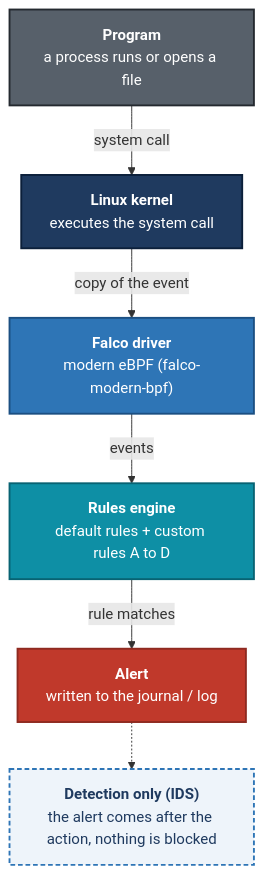
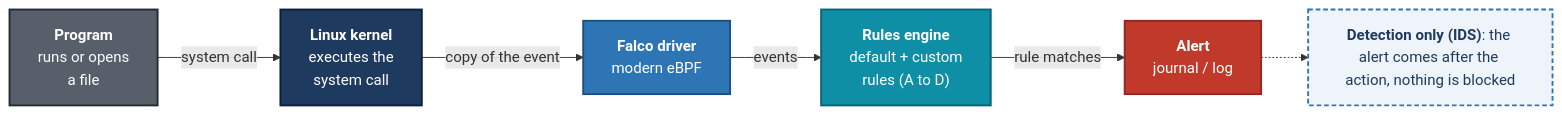
The diagram in README.md (Doumit04/falco-runtime-security), drawn with Mermaid before and after one commit.

````diff
--- a/README.md
+++ b/README.md
@@ -56,26 +56,26 @@
 ```mermaid
-flowchart TD
-    P["<b>Program</b><br/>a process runs or opens a file"]
-    K["<b>Linux kernel</b><br/>executes the system call"]
-    D["<b>Falco driver</b><br/>modern eBPF (falco-modern-bpf)"]
-    R["<b>Rules engine</b><br/>default rules + custom rules A to D"]
-    A["<b>Alert</b><br/>written to the journal / log"]
+flowchart LR
+    P["<b>Program</b><br/>runs or opens<br/>a file"]
+    K["<b>Linux kernel</b><br/>executes the<br/>system call"]
+    D["<b>Falco driver</b><br/>modern eBPF"]
+    R["<b>Rules engine</b><br/>default + custom<br/>rules (A to D)"]
+    A["<b>Alert</b><br/>journal / log"]
     P -->|system call| K
     K -->|copy of the event| D
     D -->|events| R
     R -->|rule matches| A
-    N["<b>Detection only (IDS)</b><br/>the alert comes after the action, nothing is blocked"]
+    N["<b>Detection only (IDS)</b>: the alert comes after the action, nothing is blocked"]
     A -.-> N
     classDef prog fill:#57606A,stroke:#24292F,color:#ffffff,stroke-width:2px
     classDef kern fill:#1F3A5F,stroke:#0B1F3A,color:#ffffff,stroke-width:2px
     classDef drv fill:#2E75B6,stroke:#1B4F82,color:#ffffff,stroke-width:2px
     classDef eng fill:#0E8FA5,stroke:#086373,color:#ffffff,stroke-width:2px
     classDef alert fill:#C0392B,stroke:#8E2A20,color:#ffffff,stroke-width:2px
     classDef note fill:#EEF4FA,stroke:#2E75B6,color:#1F3A5F,stroke-width:2px,stroke-dasharray:5 3
     class P prog
     class K kern
     class D drv
     class R eng
     class A alert
     class N note
 ```
````
